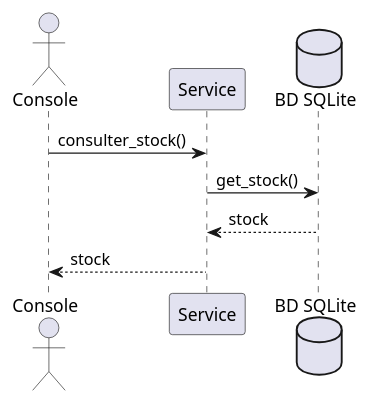
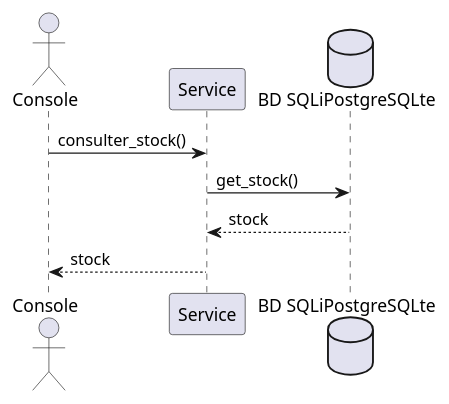
The diagram in docs/UML/Sequences/CU04_consulter.puml (nathanlamy/LOG430-LABO-2), drawn with PlantUML before and after one commit. The commit also changed 15 other files, not shown here.

```diff
--- a/docs/UML/Sequences/CU04_consulter.puml
+++ b/docs/UML/Sequences/CU04_consulter.puml
@@ -1,10 +1,10 @@
 @startuml Consulter l'état du stock
 actor Console
 participant Service
-database "BD SQLite" as DB
+database "BD SQLiPostgreSQLte" as DB
 
 Console -> Service : consulter_stock()
 Service -> DB : get_stock()
 DB --> Service : stock
 Service --> Console : stock
 @enduml
```
